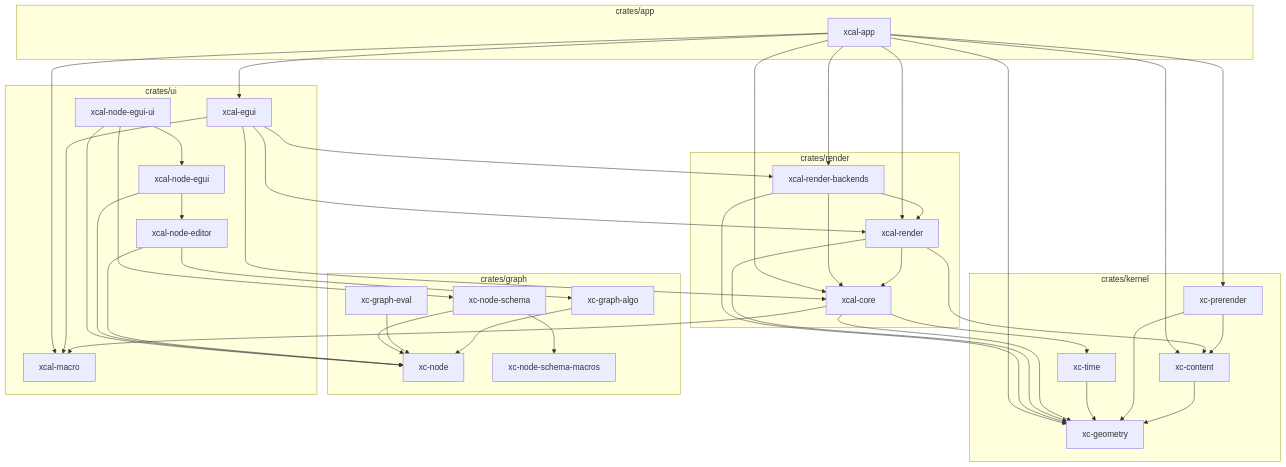
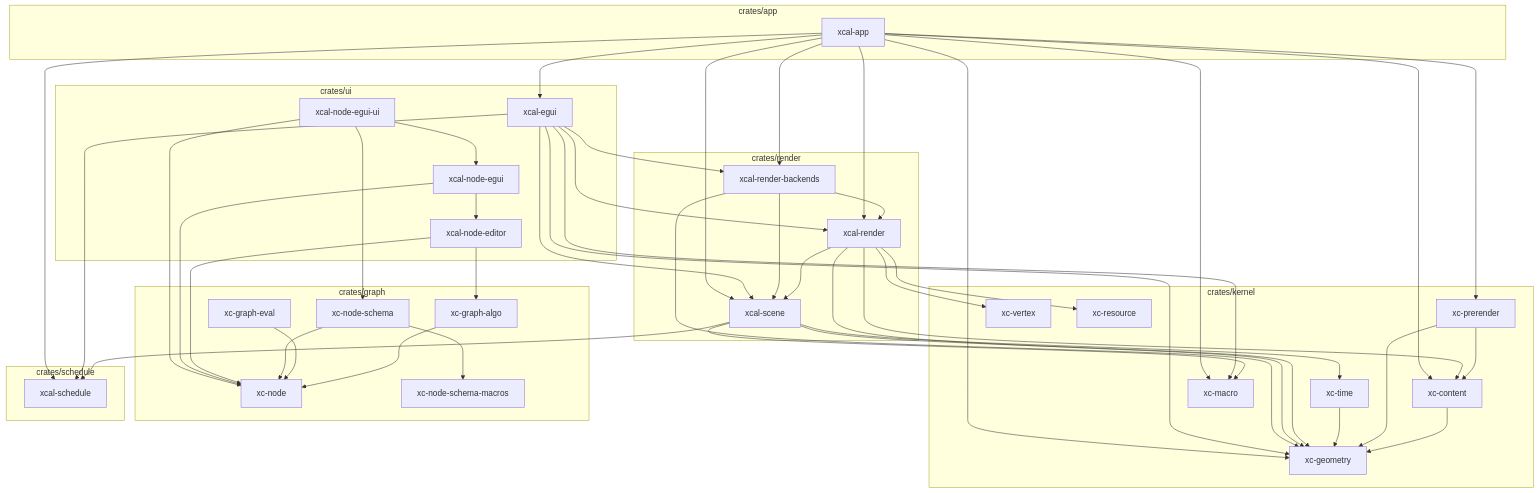
Before and after one commit to xcrtp/xcal-rs: the diagram in ARCHITECTURE.md, drawn with Mermaid. The commit also changed other lines of this file and 120 other files, not shown here.

First line of the commit message:
refactor: 场景层改名 xcal-scene 并抽离 ECS 调度 xcal-schedule

```diff
--- a/ARCHITECTURE.md
+++ b/ARCHITECTURE.md
@@ -25,6 +27,9 @@
         xc_content["xc-content"]
         xc_prerender["xc-prerender"]
         xc_time["xc-time"]
+        xc_vertex["xc-vertex"]
+        xc_resource["xc-resource"]
+        xc_macro["xc-macro"]
     end
 
     subgraph graph[crates/graph]
@@ -35,14 +40,17 @@
         xc_node_schema_macros["xc-node-schema-macros"]
     end
 
+    subgraph schedule[crates/schedule]
+        xcal_schedule["xcal-schedule"]
+    end
+
     subgraph render[crates/render]
-        xcal_core["xcal-core"]
+        xcal_scene["xcal-scene"]
         xcal_render["xcal-render"]
         xcal_render_backends["xcal-render-backends"]
     end
 
     subgraph ui[crates/ui]
-        xcal_macro["xcal-macro"]
         xcal_egui["xcal-egui"]
         xcal_node_editor["xcal-node-editor"]
         xcal_node_egui["xcal-node-egui"]
@@ -55,6 +63,9 @@
 
     %% kernel
     xc_geometry
+    xc_vertex
+    xc_resource
+    xc_macro
     xc_content --> xc_geometry
     xc_prerender --> xc_content
     xc_prerender --> xc_geometry
@@ -66,21 +77,27 @@
     xc_node_schema --> xc_node
     xc_node_schema --> xc_node_schema_macros
 
-    %% render → kernel + graph + UI sibling
-    xcal_core --> xc_geometry
-    xcal_core --> xc_time
-    xcal_core --> xcal_macro
+    %% schedule（无内部依赖，仅依赖 hecs）
+
+    %% render → kernel + schedule
+    xcal_scene --> xc_geometry
+    xcal_scene --> xc_time
+    xcal_scene --> xc_macro
+    xcal_scene --> xcal_schedule
     xcal_render --> xc_content
     xcal_render --> xc_geometry
-    xcal_render --> xcal_core
+    xcal_render --> xc_vertex
+    xcal_render --> xc_resource
+    xcal_render --> xcal_scene
     xcal_render_backends --> xc_geometry
-    xcal_render_backends --> xcal_core
+    xcal_render_backends --> xcal_scene
     xcal_render_backends --> xcal_render
 
-    %% ui → kernel + graph + render
-    xcal_macro
-    xcal_egui --> xcal_core
-    xcal_egui --> xcal_macro
+    %% ui → kernel + graph + render + schedule
+    xcal_egui --> xc_geometry
+    xcal_egui --> xc_macro
+    xcal_egui --> xcal_scene
+    xcal_egui --> xcal_schedule
     xcal_egui --> xcal_render
     xcal_egui --> xcal_render_backends
     xcal_node_editor --> xc_node
@@ -92,8 +109,9 @@
     xcal_node_egui_ui --> xcal_node_egui
 
     %% app → everything
-    xcal_app --> xcal_core
-    xcal_app --> xcal_macro
+    xcal_app --> xcal_scene
+    xcal_app --> xcal_schedule
+    xcal_app --> xc_macro
     xcal_app --> xcal_egui
     xcal_app --> xcal_render
     xcal_app --> xcal_render_backends
```
